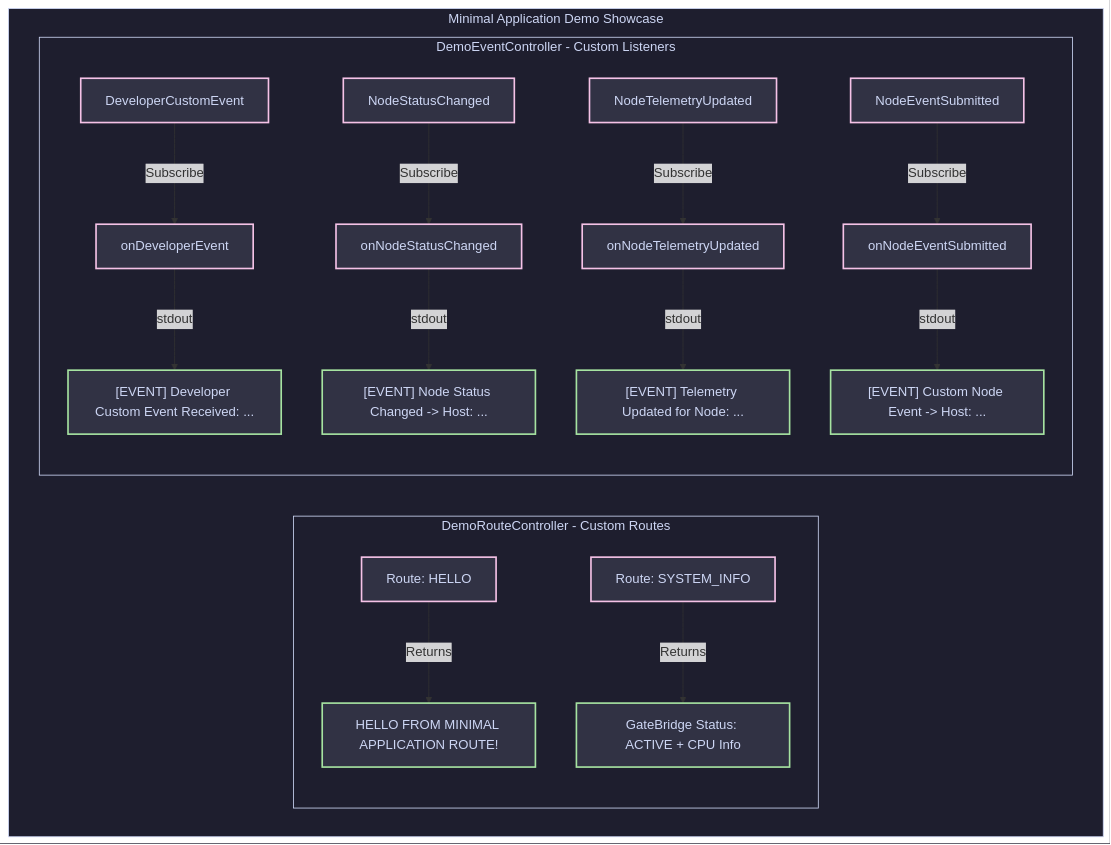
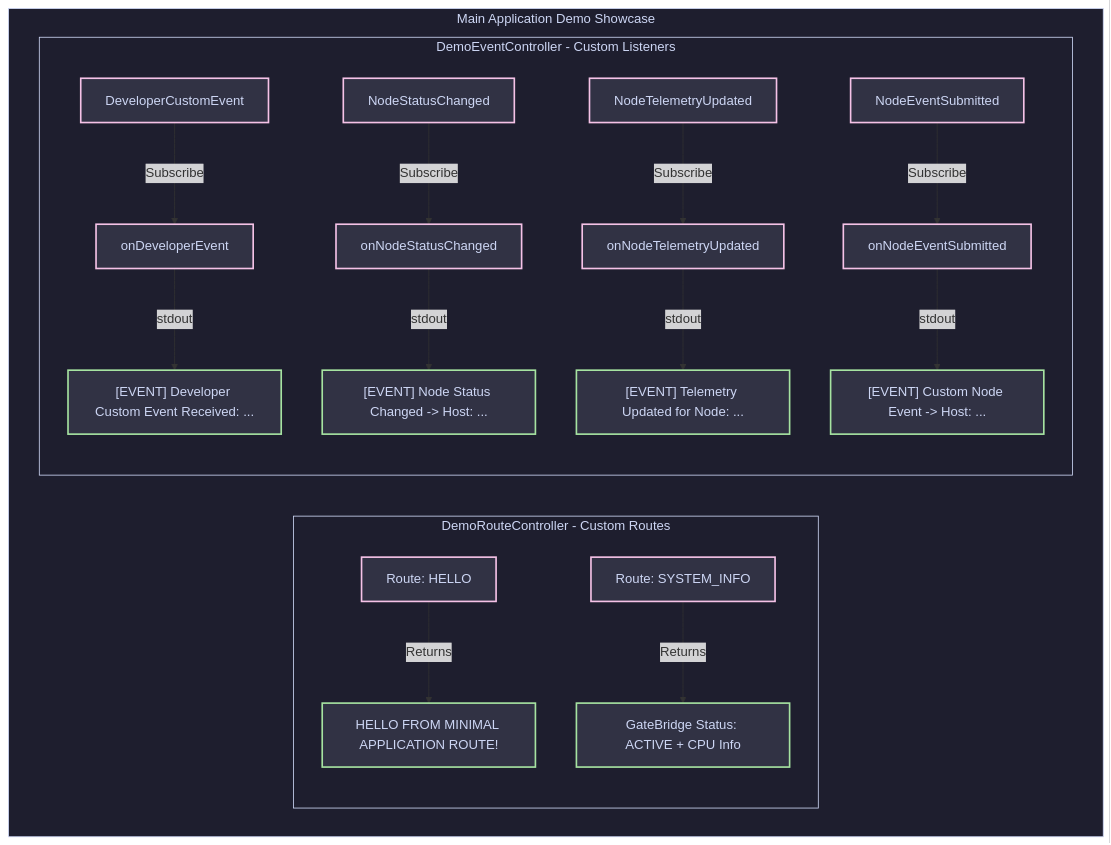
The fifth of 9 diagrams in README.md (GateBridge/GateBridge), drawn with Mermaid before and after one commit. The commit also changed other lines of this file and 15 other files, not shown here.

````diff
--- a/README.md
+++ b/README.md
@@ -242,32 +242,32 @@
 ```mermaid
 graph TD
     %% Nodes and Connections
-    subgraph CustomApp [Minimal Application Demo Showcase]
+    subgraph CustomApp [Main Application Demo Showcase]
         subgraph Routes [DemoRouteController - Custom Routes]
             HELLO[Route: HELLO] -->|Returns| HelloResp["HELLO FROM MINIMAL APPLICATION ROUTE!"]
             SYSINFO[Route: SYSTEM_INFO] -->|Returns| SysInfoResp["GateBridge Status: ACTIVE + CPU Info"]
         end
         
         subgraph Events [DemoEventController - Custom Listeners]
             DevEvent[DeveloperCustomEvent] -->|Subscribe| H1[onDeveloperEvent]
             StatusEvent[NodeStatusChanged] -->|Subscribe| H2[onNodeStatusChanged]
             TelemEvent[NodeTelemetryUpdated] -->|Subscribe| H3[onNodeTelemetryUpdated]
             SubEvent[NodeEventSubmitted] -->|Subscribe| H4[onNodeEventSubmitted]
             
             H1 -->|stdout| Log1["[EVENT] Developer Custom Event Received: ..."]
             H2 -->|stdout| Log2["[EVENT] Node Status Changed -> Host: ..."]
             H3 -->|stdout| Log3["[EVENT] Telemetry Updated for Node: ..."]
             H4 -->|stdout| Log4["[EVENT] Custom Node Event -> Host: ..."]
         end
     end
 
     %% Styles
     classDef step fill:#1e1e2e,stroke:#cdd6f4,stroke-width:1px,color:#cdd6f4;
     classDef custom fill:#313244,stroke:#f5c2e7,stroke-width:2px,color:#cdd6f4;
     classDef output fill:#313244,stroke:#a6e3a1,stroke-width:2px,color:#cdd6f4;
 
     class HELLO,SYSINFO,DevEvent,StatusEvent,TelemEvent,SubEvent custom;
     class H1,H2,H3,H4 custom;
     class HelloResp,SysInfoResp,Log1,Log2,Log3,Log4 output;
     class CustomApp,Routes,Events step;
 ```
````
